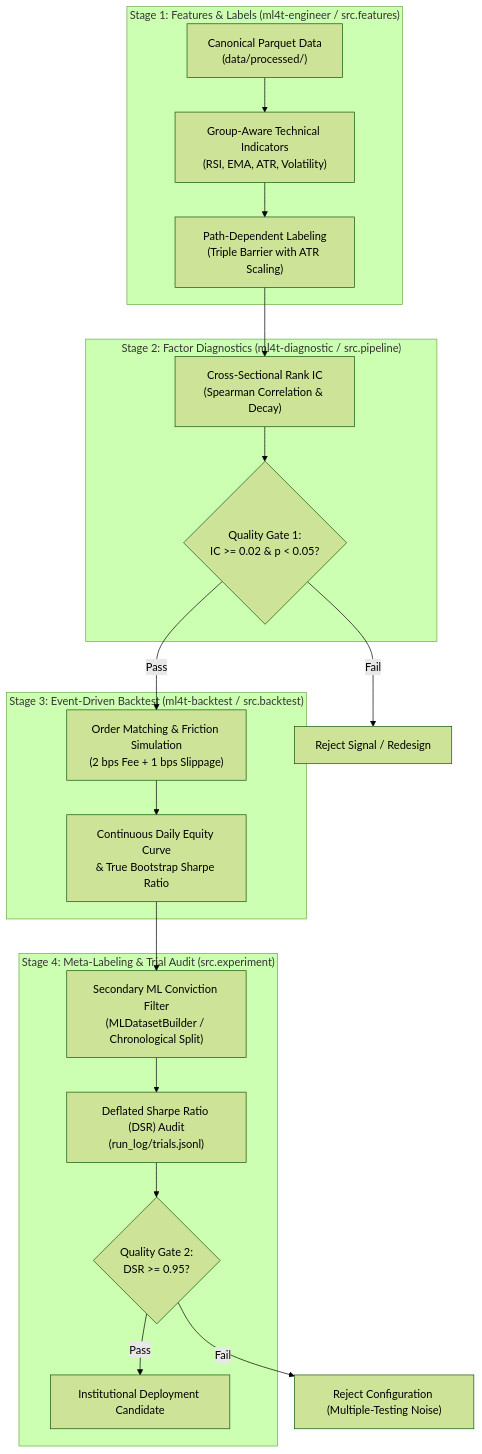
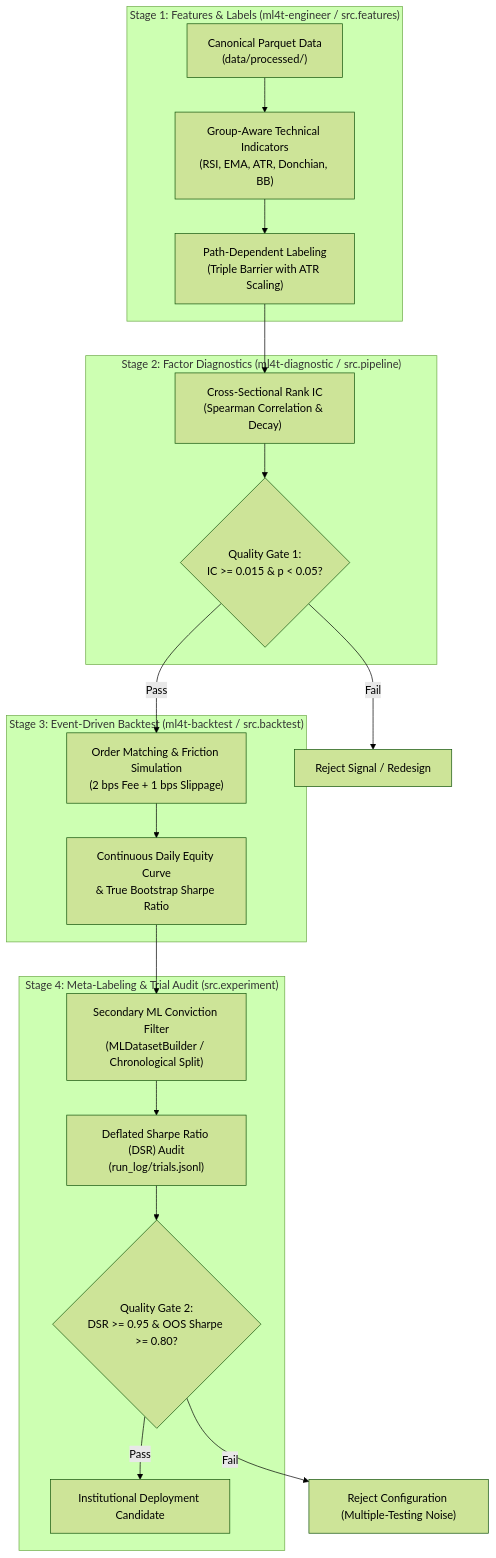
The diagram in README.md (hzminhzz/quant-research), drawn with Mermaid (forest theme) before and after one commit. The commit also changed other lines of this file and 7 other files, not shown here.

````diff
--- a/README.md
+++ b/README.md
@@ -17,27 +17,27 @@
 ```mermaid
 flowchart TD
     subgraph S1["Stage 1: Features & Labels (ml4t-engineer / src.features)"]
-        A["Canonical Parquet Data<br/>(data/processed/)"] --> B["Group-Aware Technical Indicators<br/>(RSI, EMA, ATR, Volatility)"]
+        A["Canonical Parquet Data<br/>(data/processed/)"] --> B["Group-Aware Technical Indicators<br/>(RSI, EMA, ATR, Donchian, BB)"]
         B --> C["Path-Dependent Labeling<br/>(Triple Barrier with ATR Scaling)"]
     end
 
     subgraph S2["Stage 2: Factor Diagnostics (ml4t-diagnostic / src.pipeline)"]
         C --> D["Cross-Sectional Rank IC<br/>(Spearman Correlation & Decay)"]
-        D --> E{"Quality Gate 1:<br/>IC >= 0.02 & p < 0.05?"}
+        D --> E{"Quality Gate 1:<br/>IC >= 0.015 & p < 0.05?"}
     end
 
     subgraph S3["Stage 3: Event-Driven Backtest (ml4t-backtest / src.backtest)"]
         E -->|Pass| F["Order Matching & Friction Simulation<br/>(2 bps Fee + 1 bps Slippage)"]
         F --> G["Continuous Daily Equity Curve<br/>& True Bootstrap Sharpe Ratio"]
     end
 
     subgraph S4["Stage 4: Meta-Labeling & Trial Audit (src.experiment)"]
         G --> H["Secondary ML Conviction Filter<br/>(MLDatasetBuilder / Chronological Split)"]
         H --> I["Deflated Sharpe Ratio (DSR) Audit<br/>(run_log/trials.jsonl)"]
-        I --> J{"Quality Gate 2:<br/>DSR >= 0.95?"}
+        I --> J{"Quality Gate 2:<br/>DSR >= 0.95 & OOS Sharpe >= 0.80?"}
         J -->|Pass| K["Institutional Deployment Candidate"]
     end
 
     E -->|Fail| R1["Reject Signal / Redesign"]
     J -->|Fail| R2["Reject Configuration (Multiple-Testing Noise)"]
 ```
````
